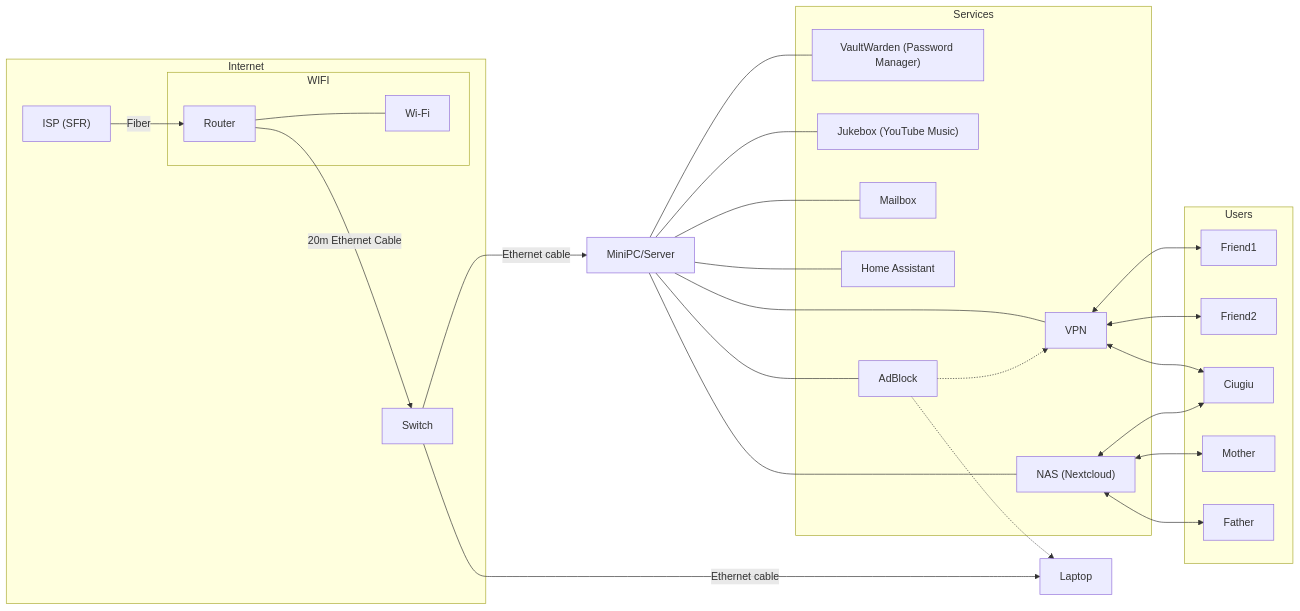
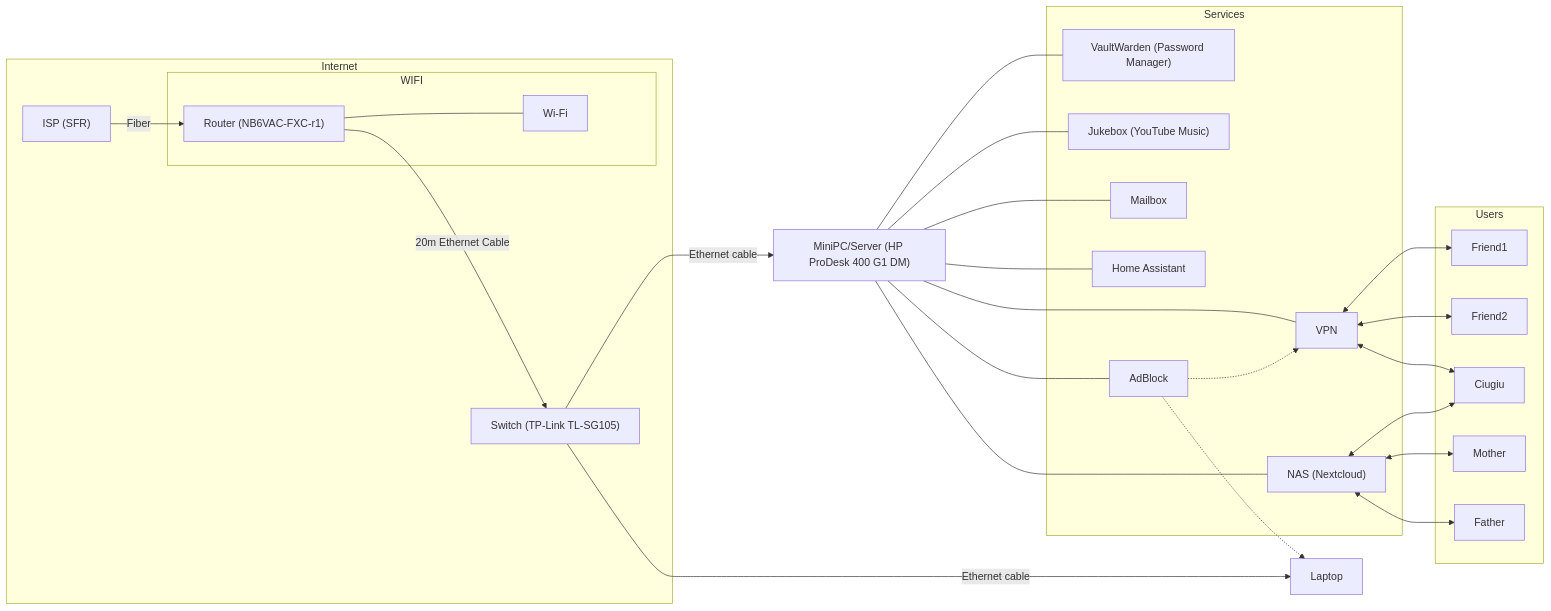
Before and after one commit to Ciugiu/Home-Lab: the diagram in README.md, drawn with Mermaid.

Commit message:
Update README.md
Devices models

````diff
--- a/README.md
+++ b/README.md
@@ -5,45 +5,44 @@
 ```mermaid  
 flowchart LR
     
     subgraph Internet["Internet"]
 	    subgraph WIFI["WIFI"]
-        Router["Router"]
+        Router["Router (NB6VAC-FXC-r1)"]
         Wi-Fi["Wi-Fi"]
 	    end
         ISP["ISP (SFR)"]
-        Switch["Switch"]
+        Switch["Switch (TP-Link TL-SG105)"]
     end
     subgraph Server["Services"]
         Vault["VaultWarden (Password Manager)"]
         Jukebox["Jukebox (YouTube Music)"]
         Mailbox["Mailbox"]
         NAS["NAS (Nextcloud)"]
         HomeAssistant["Home Assistant"]
         AdBlock["AdBlock"]
         VPN["VPN"]
     end
     subgraph Users["Users"]
         RuFriend1["Friend1"]
         RuFriend2["Friend2"]
         Ciugiu["Ciugiu"]
         Mother["Mother"]
         Father["Father"]
     end
-
-		ISP -- Fiber --> Router
-    MiniPC["MiniPC/Server"] --- Vault
+    ISP -- Fiber --> Router
+    MiniPC["MiniPC/Server (HP ProDesk 400 G1 DM)"] --- Vault
     MiniPC --- Jukebox
     MiniPC --- Mailbox
     MiniPC --- NAS
     MiniPC --- HomeAssistant
     MiniPC --- AdBlock
     MiniPC --- VPN
     Router -- 20m Ethernet Cable --> Switch
     Router --- Wi-Fi
     Switch -- Ethernet cable --> Laptop["Laptop"]
     Switch -- Ethernet cable --> MiniPC
     VPN <-->  RuFriend1 & RuFriend2 & Ciugiu
     NAS <--> Father & Mother
     NAS <--> Ciugiu:::no-cross
     AdBlock -.-> VPN & Laptop
 ```
````
